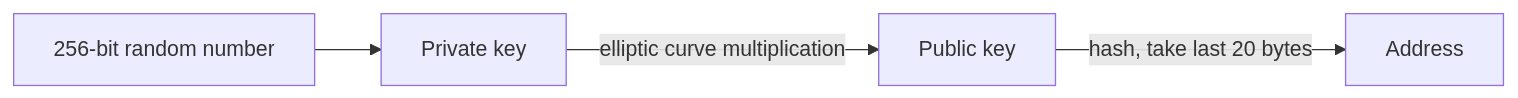
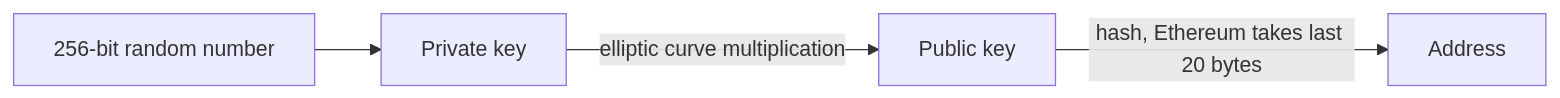
The diagram in Collection/13. Web3/3. Keys, Wallets and Signatures.md (sharifndlovu123/knowledge_base_map), drawn with Mermaid before and after one commit. The commit also changed other lines of this file and 10 other files, not shown here.

````diff
--- a/Collection/13. Web3/3. Keys, Wallets and Signatures.md
+++ b/Collection/13. Web3/3. Keys, Wallets and Signatures.md
@@ -24,6 +24,6 @@
 ```mermaid
 flowchart LR
     Rand["256-bit random number"] --> Priv["Private key"]
     Priv -->|elliptic curve multiplication| Pub["Public key"]
-    Pub -->|hash, take last 20 bytes| Addr["Address"]
+    Pub -->|hash, Ethereum takes last 20 bytes| Addr["Address"]
 ```
````
